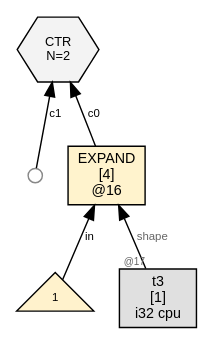
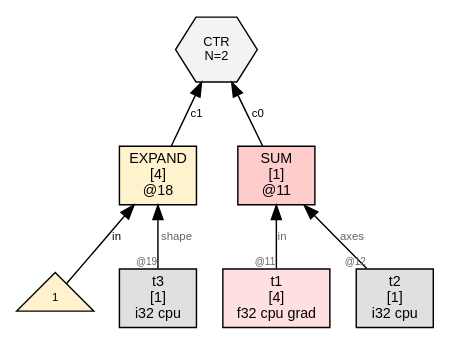
One commit to sw1sh/TinyHVM changed the diagram in wl/examples/thvm_graphs/grad_rules/sum/thvm_2_post_sweep.dot. Above: the diagram before and after it, drawn with Graphviz. The commit also changed 193 other files, not shown here.

```diff
--- a/wl/examples/thvm_graphs/grad_rules/sum/thvm_2_post_sweep.dot
+++ b/wl/examples/thvm_graphs/grad_rules/sum/thvm_2_post_sweep.dot
@@ -1,15 +1,19 @@
 digraph G {
   rankdir=BT;
   node [fontname="Helvetica", fontsize=10, style=filled, shape=box, margin="0.1,0.05"];
   edge [fontsize=8, fontname="Helvetica"];
 
-  n16 [label="EXPAND\n[4]\n@16", shape=box, fillcolor="#fff3cd"];
-  num16_0 [label="1",shape=triangle,fillcolor="#fff2cc",fontsize=8];
-  num16_0 -> n16 [label="in"];
+  n11 [label="SUM\n[1]\n@11", shape=box, fillcolor="#ffcccc"];
+  t1 [label="t1\n[4]\nf32 cpu grad",shape=box,fillcolor="#ffe0e0"];
+  t1 -> n11 [label="in",taillabel="@11",labelfontsize=7,fontcolor="#666666"];
+  t2 [label="t2\n[1]\ni32 cpu",shape=box,fillcolor="#e0e0e0"];
+  t2 -> n11 [label="axes",taillabel="@12",labelfontsize=7,fontcolor="#666666"];
+  n18 [label="EXPAND\n[4]\n@18", shape=box, fillcolor="#fff3cd"];
+  num18_0 [label="1",shape=triangle,fillcolor="#fff2cc",fontsize=8];
+  num18_0 -> n18 [label="in"];
   t3 [label="t3\n[1]\ni32 cpu",shape=box,fillcolor="#e0e0e0"];
-  t3 -> n16 [label="shape",taillabel="@17",labelfontsize=7,fontcolor="#666666"];
-  ctr7 [label="CTR\nN=2", shape=hexagon, fillcolor="#f3f3f3", fontsize=9];
-  n16 -> ctr7 [label="c0"];
-  free7_1 [label="",shape=circle,width=0.14,height=0.14,fixedsize=true,fillcolor="#ffffff",color="#888888",fontsize=1];
-  free7_1 -> ctr7 [label="c1"];
+  t3 -> n18 [label="shape",taillabel="@19",labelfontsize=7,fontcolor="#666666"];
+  ctr8 [label="CTR\nN=2", shape=hexagon, fillcolor="#f3f3f3", fontsize=9];
+  n11 -> ctr8 [label="c0"];
+  n18 -> ctr8 [label="c1"];
 }
```
